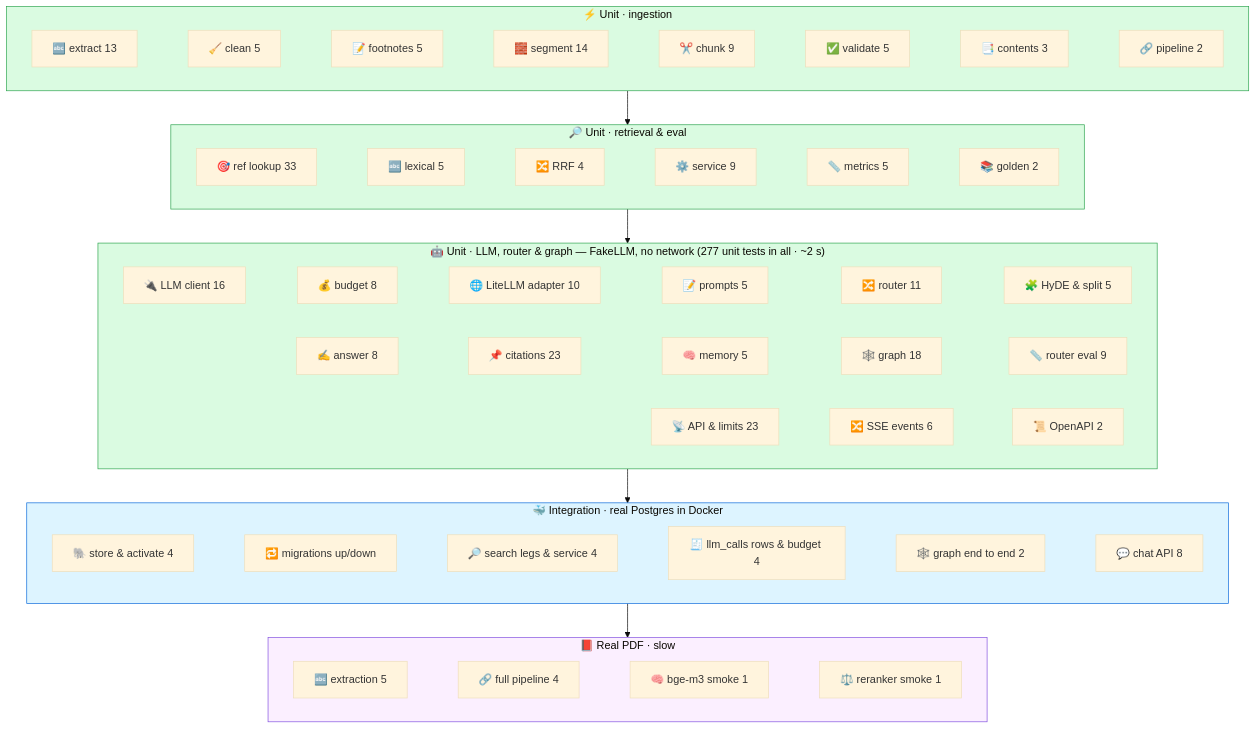
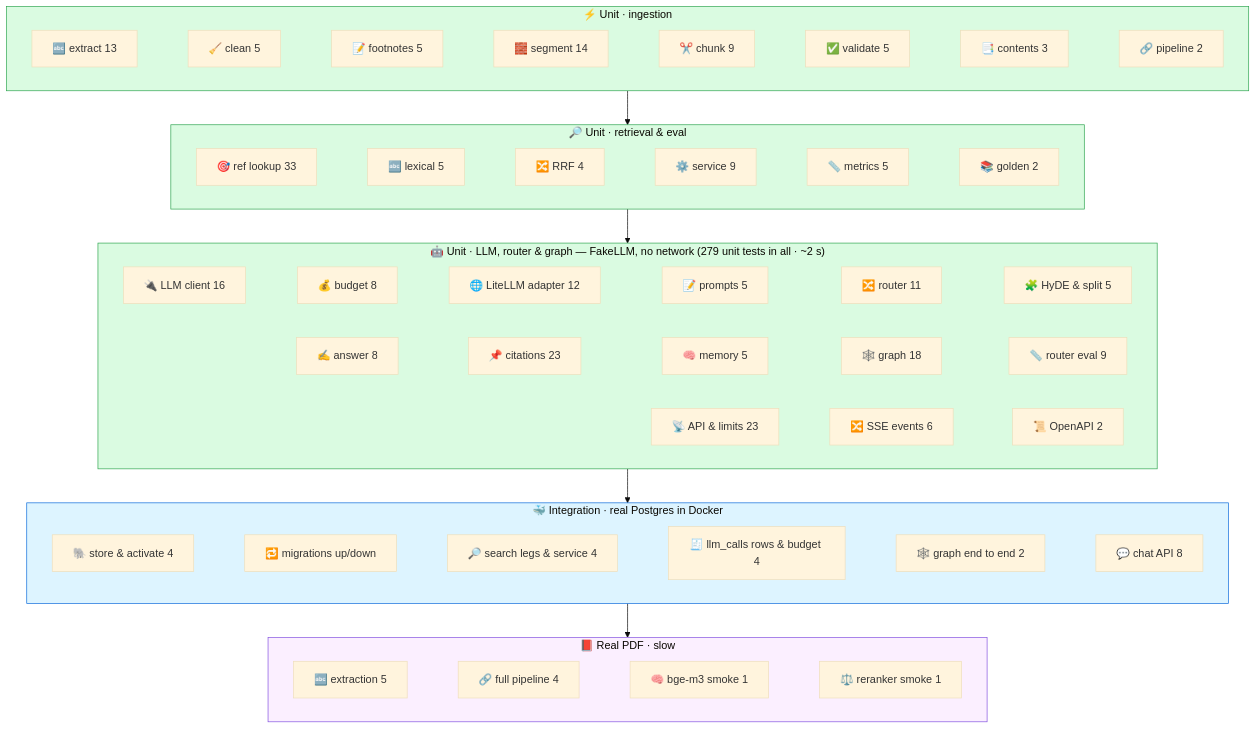
One commit to sshubham07/anuchhed-ai changed the diagram in docs/diagrams/tests.mmd. Above: the diagram before and after it, drawn with Mermaid (base theme). The commit also changed 5 other files, not shown here.

```diff
--- a/docs/diagrams/tests.mmd
+++ b/docs/diagrams/tests.mmd
@@ -1,29 +1,29 @@
 flowchart TB
     subgraph U ["⚡ Unit · ingestion"]
         direction LR
         u1["🔤 extract 13"] ~~~ u2["🧹 clean 5"] ~~~ u3["📝 footnotes 5"] ~~~ u4["🧱 segment 14"] ~~~ u5["✂️ chunk 9"] ~~~ u6["✅ validate 5"] ~~~ u7["📑 contents 3"] ~~~ u8["🔗 pipeline 2"]
     end
     subgraph UR ["🔎 Unit · retrieval & eval"]
         direction LR
         v1["🎯 ref lookup 33"] ~~~ v2["🔤 lexical 5"] ~~~ v3["🔀 RRF 4"] ~~~ v4["⚙️ service 9"] ~~~ v5["📏 metrics 5"] ~~~ v6["📚 golden 2"]
     end
-    subgraph UL ["🤖 Unit · LLM, router & graph — FakeLLM, no network  (277 unit tests in all · ~2 s)"]
+    subgraph UL ["🤖 Unit · LLM, router & graph — FakeLLM, no network  (279 unit tests in all · ~2 s)"]
         direction LR
-        l1["🔌 LLM client 16"] ~~~ l2["💰 budget 8"] ~~~ l3["🌐 LiteLLM adapter 10"] ~~~ l4["📝 prompts 5"] ~~~ l5["🔀 router 11"] ~~~ l6["🧩 HyDE & split 5"]
+        l1["🔌 LLM client 16"] ~~~ l2["💰 budget 8"] ~~~ l3["🌐 LiteLLM adapter 12"] ~~~ l4["📝 prompts 5"] ~~~ l5["🔀 router 11"] ~~~ l6["🧩 HyDE & split 5"]
         l7["✍️ answer 8"] ~~~ l8["📌 citations 23"] ~~~ l9["🧠 memory 5"] ~~~ l10["🕸️ graph 18"] ~~~ l11["📏 router eval 9"]
         l12["📡 API & limits 23"] ~~~ l13["🔀 SSE events 6"] ~~~ l14["📜 OpenAPI 2"]
     end
     subgraph I ["🐳 Integration · real Postgres in Docker"]
         direction LR
         i1["🐘 store & activate 4"] ~~~ i2["🔁 migrations up/down"] ~~~ i3["🔎 search legs & service 4"] ~~~ i4["🧾 llm_calls rows & budget 4"] ~~~ i5["🕸️ graph end to end 2"] ~~~ i6["💬 chat API 8"]
     end
     subgraph R ["📕 Real PDF · slow"]
         direction LR
         r1["🔤 extraction 5"] ~~~ r2["🔗 full pipeline 4"] ~~~ r3["🧠 bge-m3 smoke 1"] ~~~ r4["⚖️ reranker smoke 1"]
     end
     U --> UR --> UL --> I --> R
     style U fill:#dafbe1,stroke:#2ea44f
     style UR fill:#dafbe1,stroke:#2ea44f
     style UL fill:#dafbe1,stroke:#2ea44f
     style I fill:#ddf4ff,stroke:#0969da
     style R fill:#fbefff,stroke:#8250df
```
